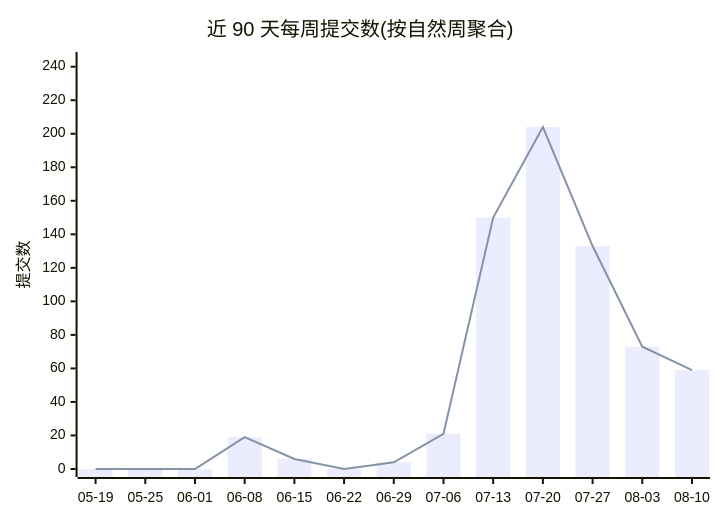
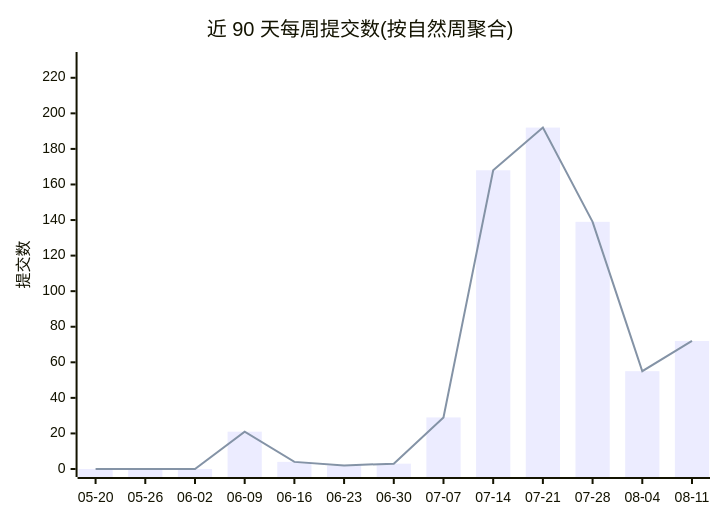
One commit to Conflux-Union/.github changed the first of 2 diagrams in profile/README.md. Above: the diagram before and after it, drawn with Mermaid. The commit also changed other lines of this file and 1 other file, not shown here.

````diff
--- a/profile/README.md
+++ b/profile/README.md
@@ -44,8 +44,8 @@
 ```mermaid
 xychart-beta
     title "近 90 天每周提交数(按自然周聚合)"
-    x-axis ["05-19", "05-25", "06-01", "06-08", "06-15", "06-22", "06-29", "07-06", "07-13", "07-20", "07-27", "08-03", "08-10"]
-    y-axis "提交数" 0 --> 244
-    bar [0, 0, 0, 19, 6, 0, 4, 21, 150, 204, 133, 73, 59]
-    line [0, 0, 0, 19, 6, 0, 4, 21, 150, 204, 133, 73, 59]
+    x-axis ["05-20", "05-26", "06-02", "06-09", "06-16", "06-23", "06-30", "07-07", "07-14", "07-21", "07-28", "08-04", "08-11"]
+    y-axis "提交数" 0 --> 230
+    bar [0, 0, 0, 21, 4, 2, 3, 29, 168, 192, 139, 55, 72]
+    line [0, 0, 0, 21, 4, 2, 3, 29, 168, 192, 139, 55, 72]
 ```
````
